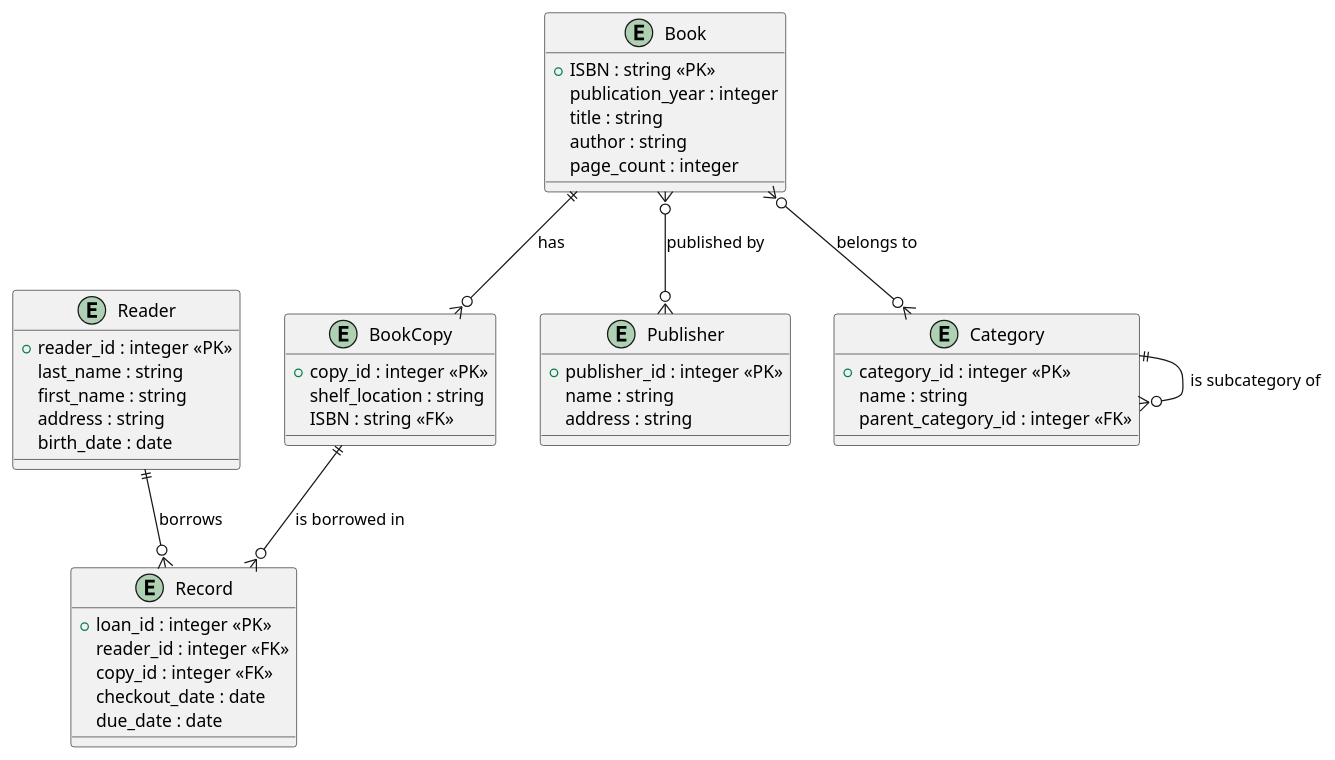
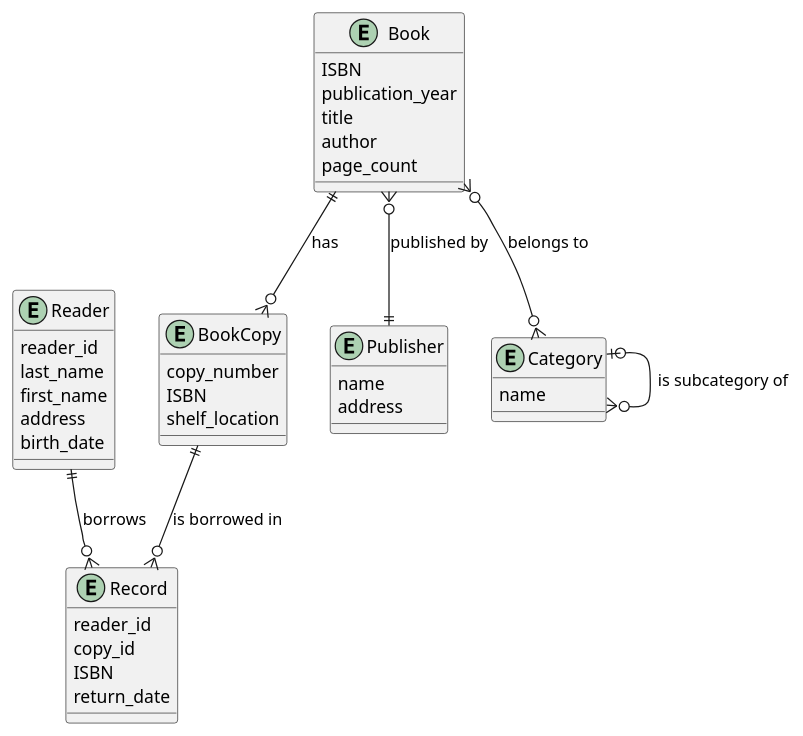
One commit to aspisov/Courses changed the diagram in hse_databases/HW2/1.plantuml. Above: the diagram before and after it, drawn with PlantUML. The commit also changed 9 other files, not shown here.

```diff
--- a/hse_databases/HW2/1.plantuml
+++ b/hse_databases/HW2/1.plantuml
@@ -1,50 +1,46 @@
 @startuml Library System
 entity "BookCopy" {
-    +copy_id : integer <<PK>>
-    shelf_location : string
-    ISBN : string <<FK>>
+    copy_number
+    ISBN
+    shelf_location
 }
 
 entity "Book" {
-    +ISBN : string <<PK>>
-    publication_year : integer
-    title : string
-    author : string
-    page_count : integer
+    ISBN
+    publication_year
+    title
+    author
+    page_count
 }
 
 entity "Publisher" {
-    +publisher_id : integer <<PK>>
-    name : string
-    address : string
+    name
+    address
 }
 
 entity "Category" {
-    +category_id : integer <<PK>>
-    name : string
-    parent_category_id : integer <<FK>>
+    name
 }
 
 entity "Reader" {
-    +reader_id : integer <<PK>>
-    last_name : string
-    first_name : string
-    address : string
-    birth_date : date
+    reader_id
+    last_name
+    first_name
+    address
+    birth_date
 }
 
 entity "Record" {
-    +loan_id : integer <<PK>>
-    reader_id : integer <<FK>>
-    copy_id : integer <<FK>>
-    checkout_date : date
-    due_date : date
+    reader_id
+    copy_id
+    ISBN
+    return_date
 }
 
 Book ||--o{ BookCopy: "has"
-Book }o--o{ Publisher: "published by"
+Book }o--|| Publisher: "published by"
 Book }o--o{ Category: "belongs to"
-Category ||--o{ Category : "is subcategory of"
+Category |o--o{ Category : "is subcategory of"
 Reader ||--o{ Record : "borrows"
 BookCopy ||--o{ Record : "is borrowed in"
 @enduml
```
